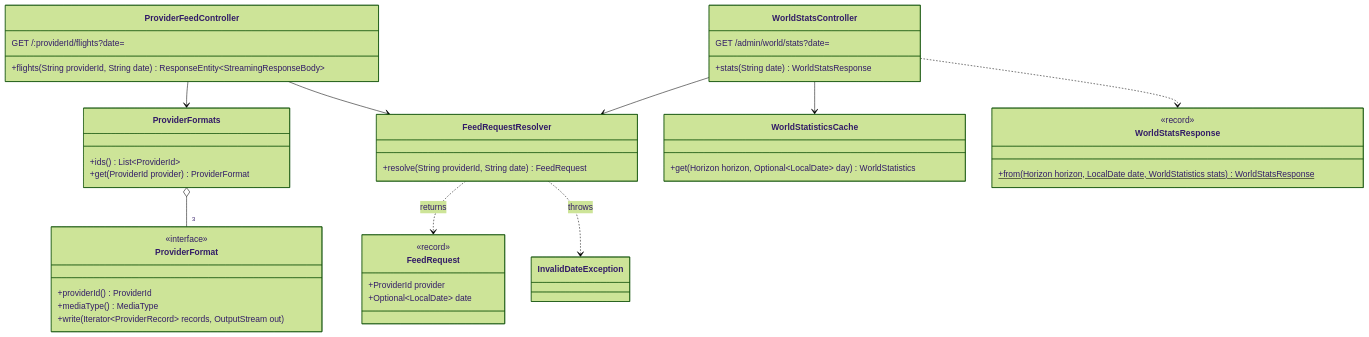
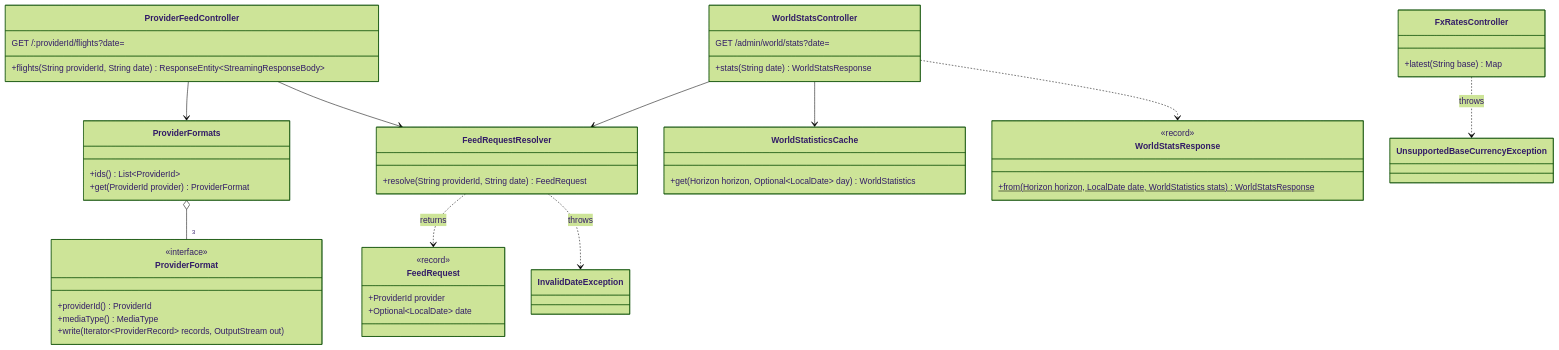
Before and after one commit to andresps980/flight-aggregator: the first of 2 diagrams in docs/architecture/packages/gds-mock/inventory-infrastructure.md, drawn with Mermaid (forest theme). The commit also changed other lines of this file and 14 other files, not shown here.

Commit message:
docs: spec 008 in usage, providers, architecture, SOLUTION.md and README; compose mixes currencies, CI uses the FX double

````diff
--- a/docs/architecture/packages/gds-mock/inventory-infrastructure.md
+++ b/docs/architecture/packages/gds-mock/inventory-infrastructure.md
@@ -14,47 +15,52 @@
 ```mermaid
 classDiagram
     %% package: com.andresps.gdsmock.inventory.infrastructure.adapter.in.web
     class ProviderFeedController {
         GET /:providerId/flights?date=
         +flights(String providerId, String date) ResponseEntity~StreamingResponseBody~
     }
     class WorldStatsController {
         GET /admin/world/stats?date=
         +stats(String date) WorldStatsResponse
     }
     class ProviderFormat {
         <<interface>>
         +providerId() ProviderId
         +mediaType() MediaType
         +write(Iterator~ProviderRecord~ records, OutputStream out)
     }
     class ProviderFormats {
         +ids() List~ProviderId~
         +get(ProviderId provider) ProviderFormat
     }
     class FeedRequestResolver {
         +resolve(String providerId, String date) FeedRequest
     }
     class FeedRequest {
         <<record>>
         +ProviderId provider
         +Optional~LocalDate~ date
     }
     class WorldStatisticsCache {
         +get(Horizon horizon, Optional~LocalDate~ day) WorldStatistics
     }
     class WorldStatsResponse {
         <<record>>
         +from(Horizon horizon, LocalDate date, WorldStatistics stats)$ WorldStatsResponse
     }
     class InvalidDateException
+    class FxRatesController {
+        +latest(String base) Map
+    }
+    class UnsupportedBaseCurrencyException
+    FxRatesController ..> UnsupportedBaseCurrencyException : throws
 
     ProviderFeedController --> ProviderFormats
     ProviderFeedController --> FeedRequestResolver
     ProviderFormats o-- "3" ProviderFormat
     FeedRequestResolver ..> FeedRequest : returns
     FeedRequestResolver ..> InvalidDateException : throws
     WorldStatsController --> WorldStatisticsCache
     WorldStatsController --> FeedRequestResolver
     WorldStatsController ..> WorldStatsResponse
 ```
````
